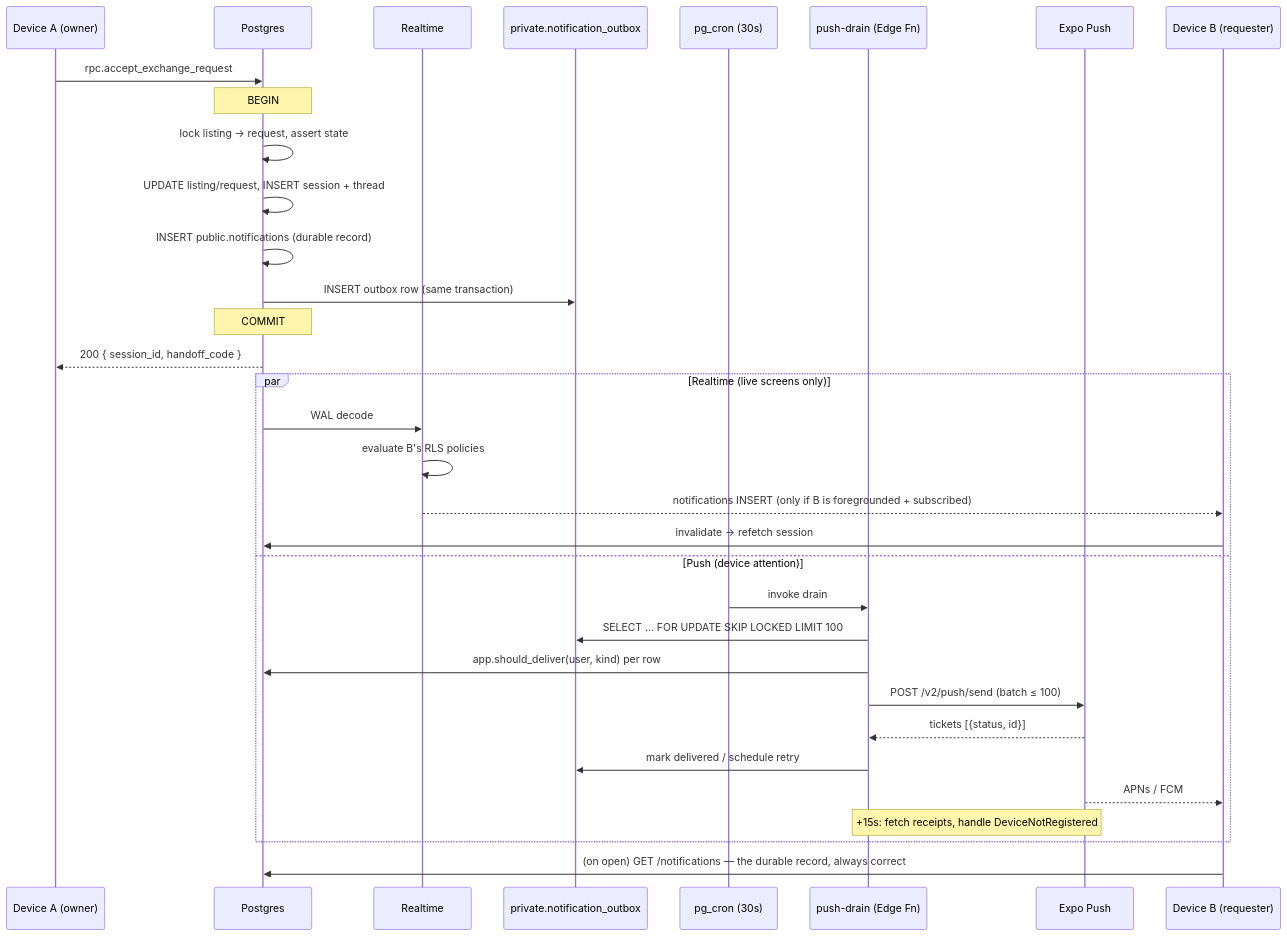
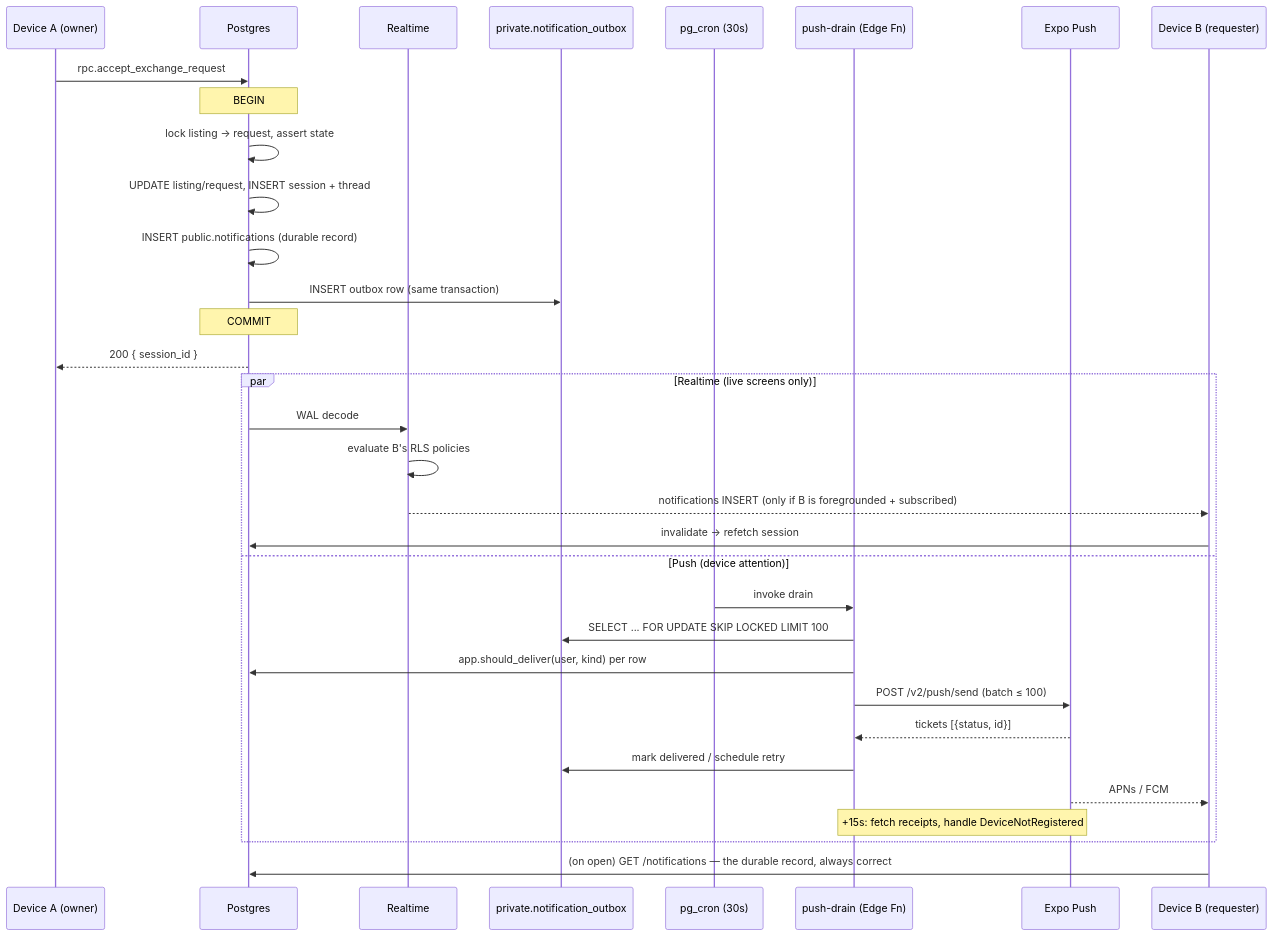
Before and after one commit to corbui317/sharecropr: the diagram in docs/01-architecture/08-realtime-and-notifications.md, drawn with Mermaid. The commit also changed other lines of this file and 43 other files, not shown here.

First line of the commit message:
docs: workflow-architect review, fixes, and development notes

````diff
--- a/docs/01-architecture/08-realtime-and-notifications.md
+++ b/docs/01-architecture/08-realtime-and-notifications.md
@@ -159,38 +159,38 @@
 ```mermaid
 sequenceDiagram
     participant A as Device A (owner)
     participant PG as Postgres
     participant RT as Realtime
     participant OB as private.notification_outbox
     participant Cron as pg_cron (30s)
     participant EF as push-drain (Edge Fn)
     participant Expo as Expo Push
     participant B as Device B (requester)
 
     A->>PG: rpc.accept_exchange_request
     Note over PG: BEGIN
     PG->>PG: lock listing → request, assert state
     PG->>PG: UPDATE listing/request, INSERT session + thread
     PG->>PG: INSERT public.notifications (durable record)
     PG->>OB: INSERT outbox row (same transaction)
     Note over PG: COMMIT
-    PG-->>A: 200 { session_id, handoff_code }
+    PG-->>A: 200 { session_id }
 
     par Realtime (live screens only)
         PG->>RT: WAL decode
         RT->>RT: evaluate B's RLS policies
         RT-->>B: notifications INSERT (only if B is foregrounded + subscribed)
         B->>PG: invalidate → refetch session
     and Push (device attention)
         Cron->>EF: invoke drain
         EF->>OB: SELECT ... FOR UPDATE SKIP LOCKED LIMIT 100
         EF->>PG: app.should_deliver(user, kind) per row
         EF->>Expo: POST /v2/push/send (batch ≤ 100)
         Expo-->>EF: tickets [{status, id}]
         EF->>OB: mark delivered / schedule retry
         Expo-->>B: APNs / FCM
         Note over EF,Expo: +15s: fetch receipts, handle DeviceNotRegistered
     end
 
     B->>PG: (on open) GET /notifications — the durable record, always correct
 ```
````
